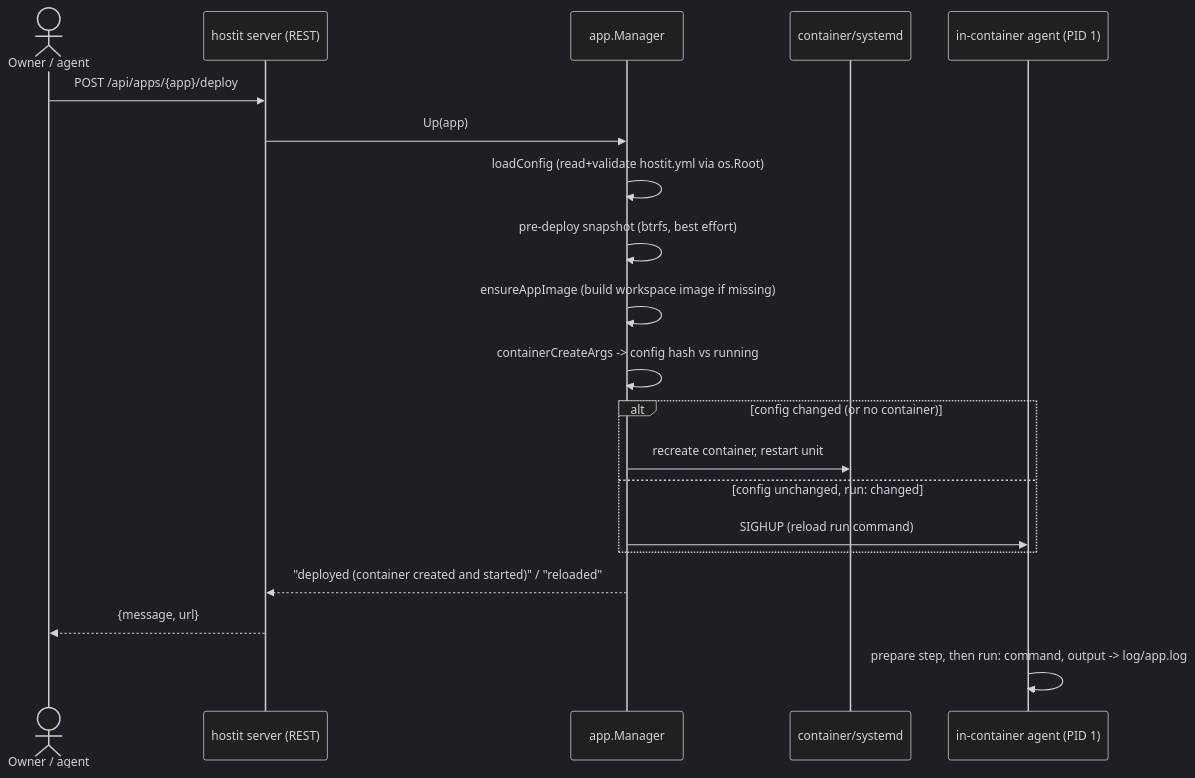
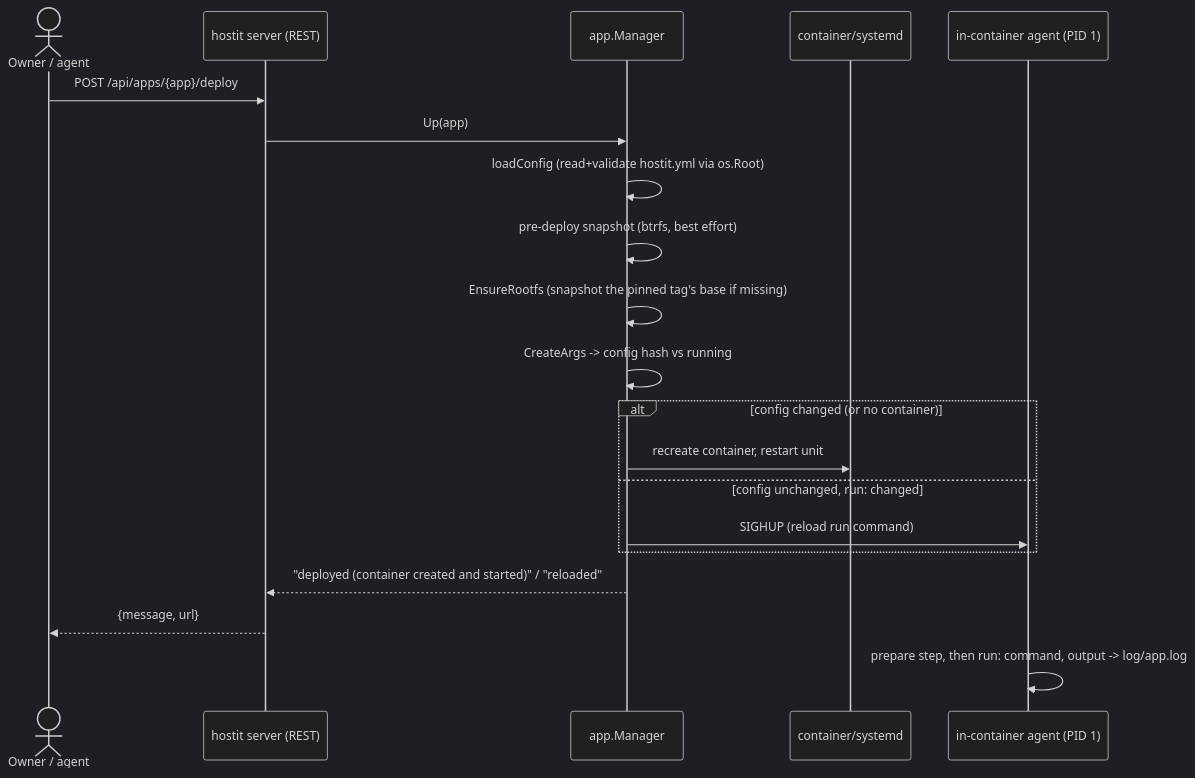
The diagram in docs/features/deploy.md (binwiederhier/hostit), drawn with Mermaid (dark theme) before and after one commit. The commit also changed other lines of this file and 20 other files, not shown here.

````diff
--- a/docs/features/deploy.md
+++ b/docs/features/deploy.md
@@ -53,22 +55,22 @@
 ```mermaid
 sequenceDiagram
     actor Dev as Owner / agent
     participant API as hostit server (REST)
     participant Mgr as app.Manager
     participant Podman as container/systemd
     participant Agent as in-container agent (PID 1)
     Dev->>API: POST /api/apps/{app}/deploy
     API->>Mgr: Up(app)
     Mgr->>Mgr: loadConfig (read+validate hostit.yml via os.Root)
     Mgr->>Mgr: pre-deploy snapshot (btrfs, best effort)
-    Mgr->>Mgr: ensureAppImage (build workspace image if missing)
-    Mgr->>Mgr: containerCreateArgs -> config hash vs running
+    Mgr->>Mgr: EnsureRootfs (snapshot the pinned tag's base if missing)
+    Mgr->>Mgr: CreateArgs -> config hash vs running
     alt config changed (or no container)
         Mgr->>Podman: recreate container, restart unit
     else config unchanged, run: changed
         Mgr->>Agent: SIGHUP (reload run command)
     end
     Mgr-->>API: "deployed (container created and started)" / "reloaded"
     API-->>Dev: {message, url}
     Agent->>Agent: prepare step, then run: command, output -> log/app.log
 ```
````
